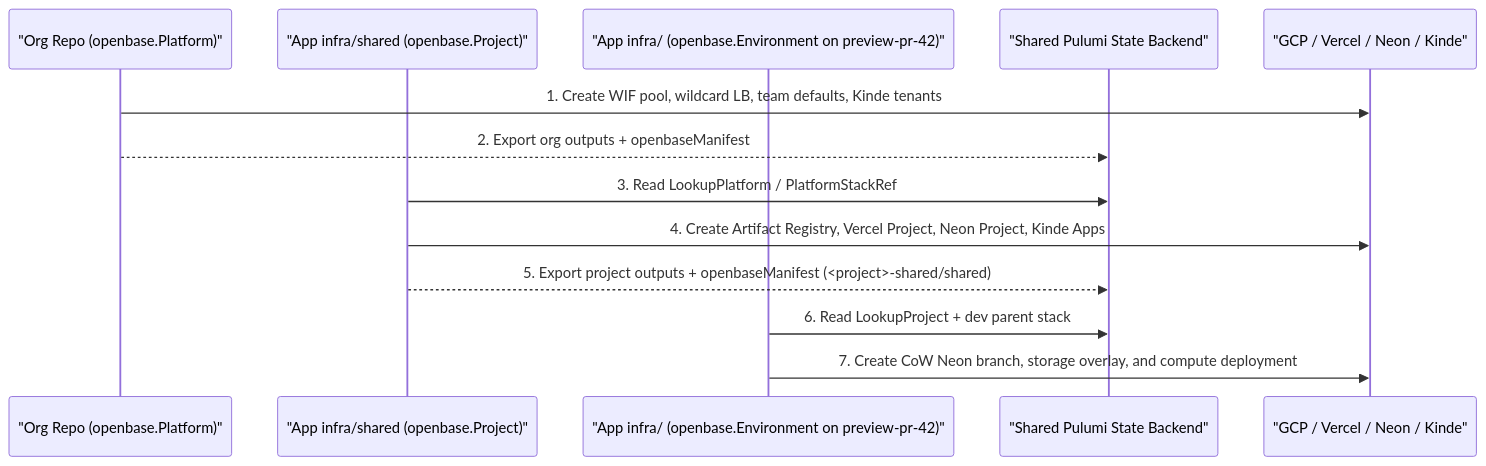
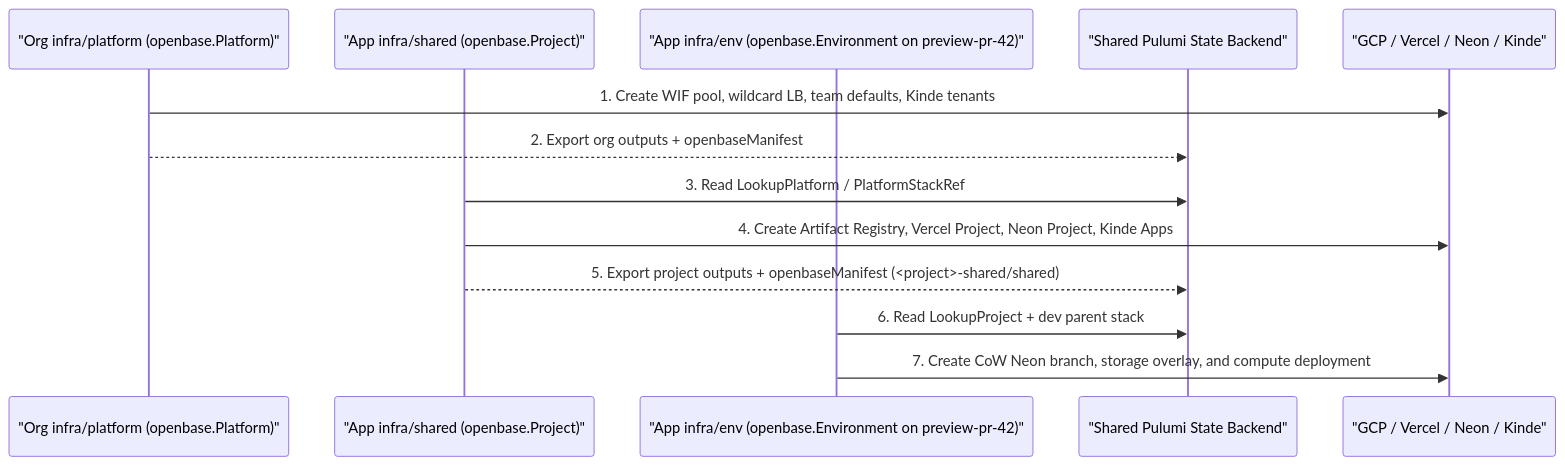
Before and after one commit to cloudvoyant/openbase: the second of 2 diagrams in docs/architecture/index.md, drawn with Mermaid. The commit also changed other lines of this file and 36 other files, not shown here.

First line of the commit message:
refactor(e2e,docs): standardize infra/{platform,shared,env} layout

````diff
--- a/docs/architecture/index.md
+++ b/docs/architecture/index.md
@@ -63,16 +63,16 @@
 ```mermaid
 sequenceDiagram
-    participant Org as "Org Repo (openbase.Platform)"
+    participant Org as "Org infra/platform (openbase.Platform)"
     participant Shared as "App infra/shared (openbase.Project)"
-    participant Env as "App infra/ (openbase.Environment on preview-pr-42)"
+    participant Env as "App infra/env (openbase.Environment on preview-pr-42)"
     participant State as "Shared Pulumi State Backend"
     participant Cloud as "GCP / Vercel / Neon / Kinde"
 
     Org->>Cloud: 1. Create WIF pool, wildcard LB, team defaults, Kinde tenants
     Org-->>State: 2. Export org outputs + openbaseManifest
     Shared->>State: 3. Read LookupPlatform / PlatformStackRef
     Shared->>Cloud: 4. Create Artifact Registry, Vercel Project, Neon Project, Kinde Apps
     Shared-->>State: 5. Export project outputs + openbaseManifest (<project>-shared/shared)
     Env->>State: 6. Read LookupProject + dev parent stack
     Env->>Cloud: 7. Create CoW Neon branch, storage overlay, and compute deployment
 ```
````
